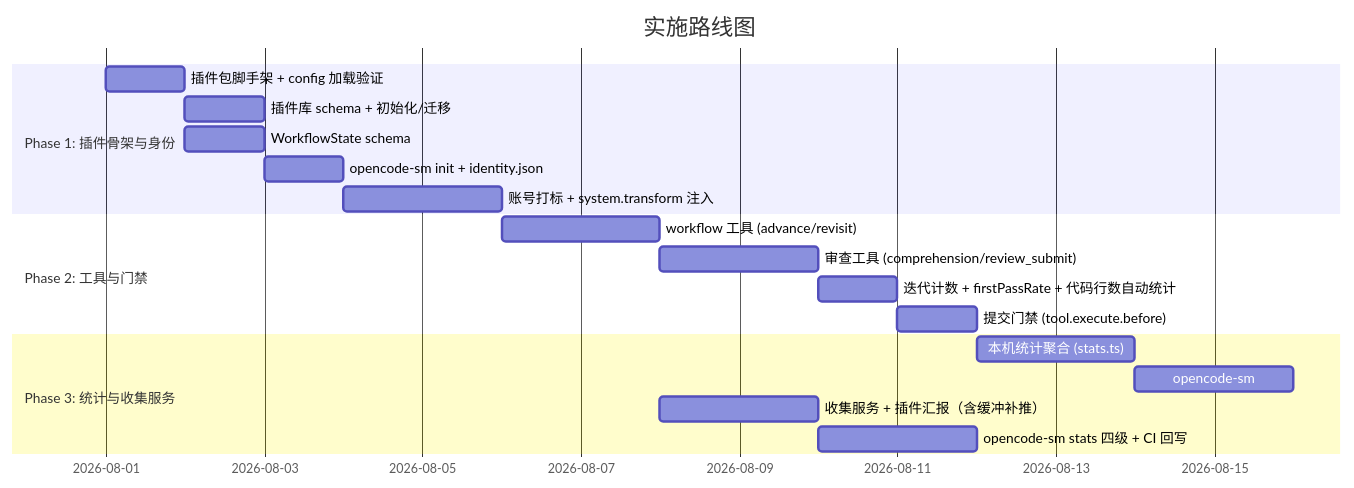
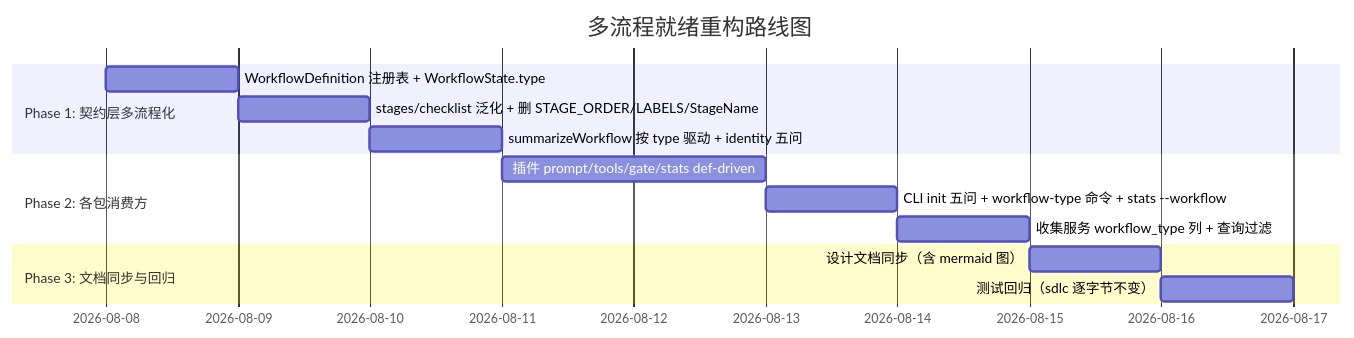
Before and after one commit to wonglaitung/opencode: diagram 15 of 15 in opencode-session-mgmt/docs/session-management.md, drawn with Mermaid. The commit also changed other lines of this file and 27 other files, not shown here.

First line of the commit message:
feat(session-mgmt): 多流程就绪重构——workflowType 用户级身份 + WorkflowDefinition 注册表

````diff
--- a/opencode-session-mgmt/docs/session-management.md
+++ b/opencode-session-mgmt/docs/session-management.md
@@ -1339,24 +1400,19 @@
 ```mermaid
 gantt
-    title 实施路线图
+    title 多流程就绪重构路线图
     dateFormat YYYY-MM-DD
 
-    section Phase 1: 插件骨架与身份
-    插件包脚手架 + config 加载验证      :p1a, 2026-08-01, 1d
-    插件库 schema + 初始化/迁移          :p1b, after p1a, 1d
-    WorkflowState schema                 :p1c, after p1a, 1d
-    opencode-sm init + identity.json     :p1d, after p1b, 1d
-    账号打标 + system.transform 注入      :p1e, after p1d, 2d
+    section Phase 1: 契约层多流程化
+    WorkflowDefinition 注册表 + WorkflowState.type      :r1a, 2026-08-08, 1d
+    stages/checklist 泛化 + 删 STAGE_ORDER/LABELS/StageName :r1b, after r1a, 1d
+    summarizeWorkflow 按 type 驱动 + identity 五问         :r1c, after r1b, 1d
 
-    section Phase 2: 工具与门禁
-    workflow 工具 (advance/revisit)       :p2a, after p1e, 2d
-    审查工具 (comprehension/review_submit) :p2b, after p2a, 2d
-    迭代计数 + firstPassRate + 代码行数自动统计     :p2c, after p2b, 1d
-    提交门禁 (tool.execute.before)        :p2d, after p2c, 1d
+    section Phase 2: 各包消费方
+    插件 prompt/tools/gate/stats def-driven               :r2a, after r1c, 2d
+    CLI init 五问 + workflow-type 命令 + stats --workflow   :r2b, after r2a, 1d
+    收集服务 workflow_type 列 + 查询过滤                    :r2c, after r2b, 1d
 
-    section Phase 3: 统计与收集服务
-    本机统计聚合 (stats.ts)               :p3a, after p2d, 2d
-    opencode-sm: tag/workflow/list        :p3b, after p3a, 2d
-    收集服务 + 插件汇报（含缓冲补推）        :p3c, after p3b, 2d
-    opencode-sm stats 四级 + CI 回写       :p3d, after p3c, 2d
+    section Phase 3: 文档同步与回归
+    设计文档同步（含 mermaid 图）                          :r3a, after r2c, 1d
+    测试回归（sdlc 逐字节不变）                             :r3b, after r3a, 1d
 ```
````
